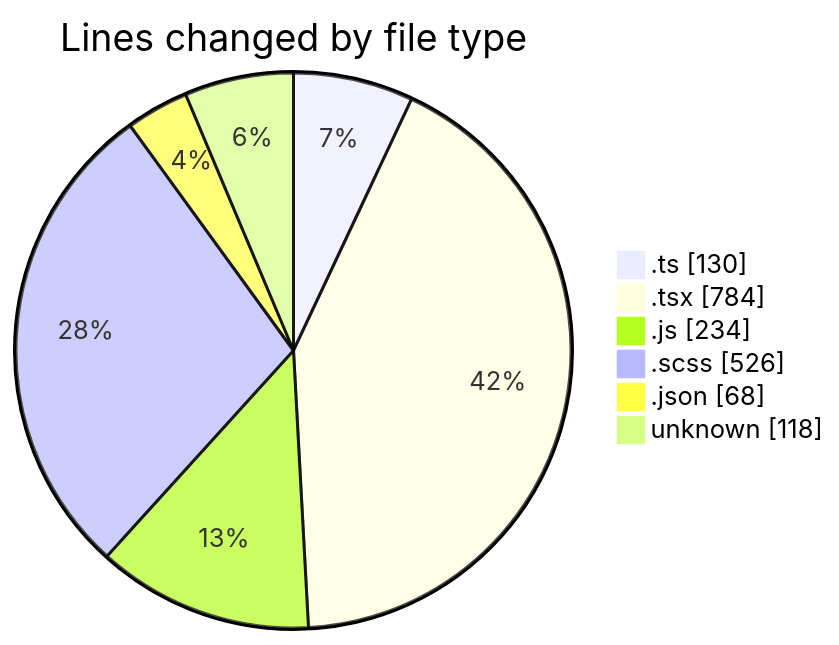
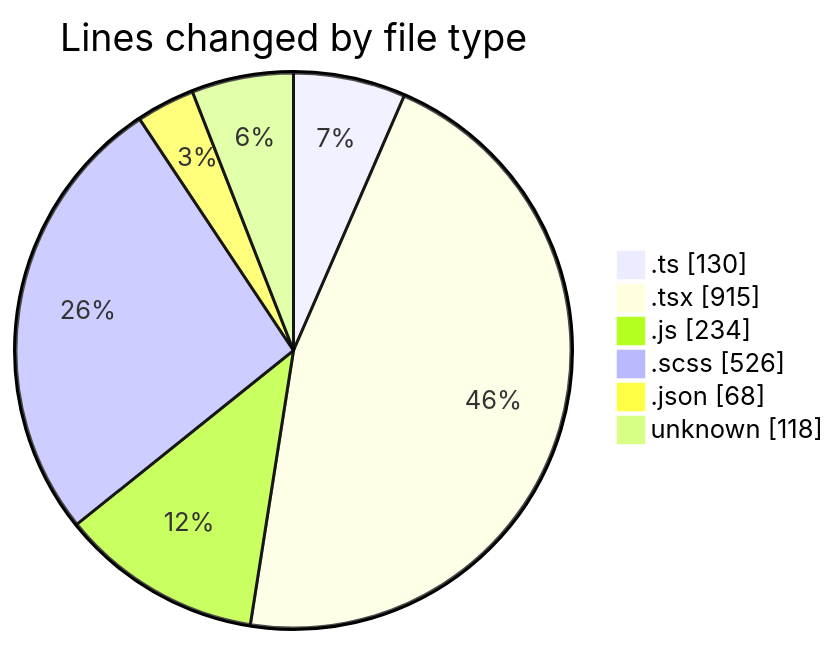
Before and after one commit to momahboobian/code-tracking: the first of 2 diagrams in 2026-05-08/cda/README.md, drawn with Mermaid. The commit also changed other lines of this file and 1 other file, not shown here.

````diff
--- a/2026-05-08/cda/README.md
+++ b/2026-05-08/cda/README.md
@@ -38,10 +39,10 @@
 ```mermaid
 pie showData
 title Lines changed by file type
 ".ts" : 130
-".tsx" : 784
+".tsx" : 915
 ".js" : 234
 ".scss" : 526
 ".json" : 68
 "unknown" : 118
 ```
````
